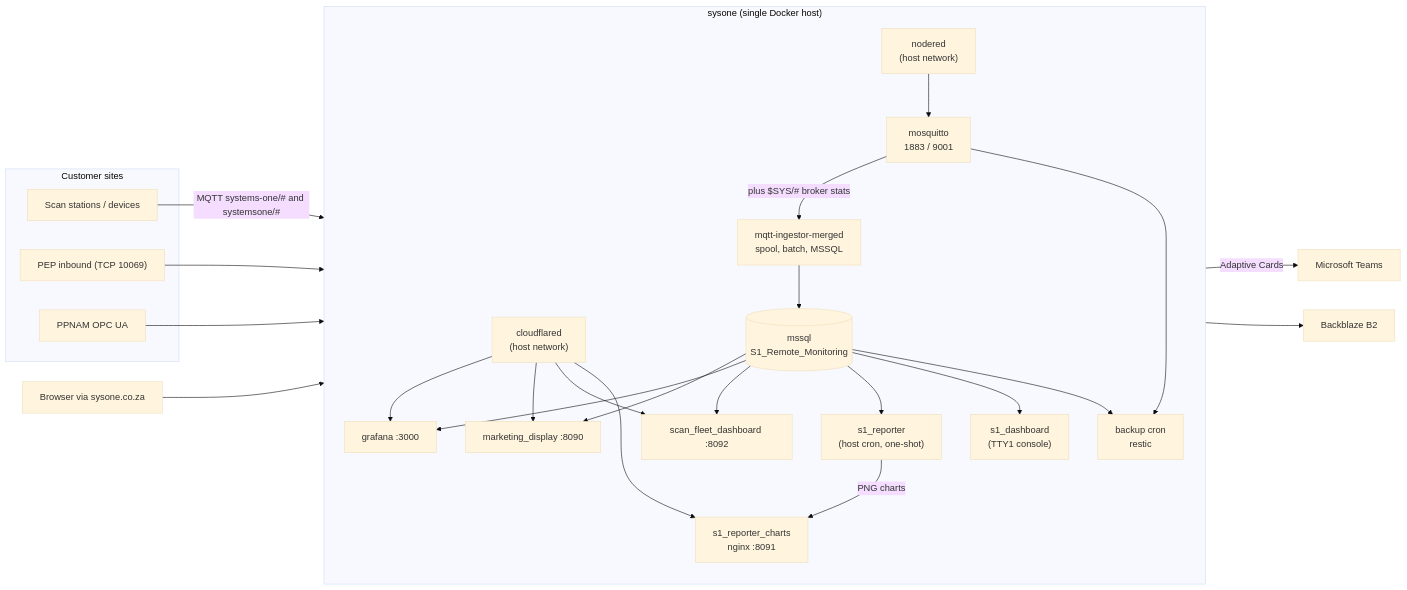
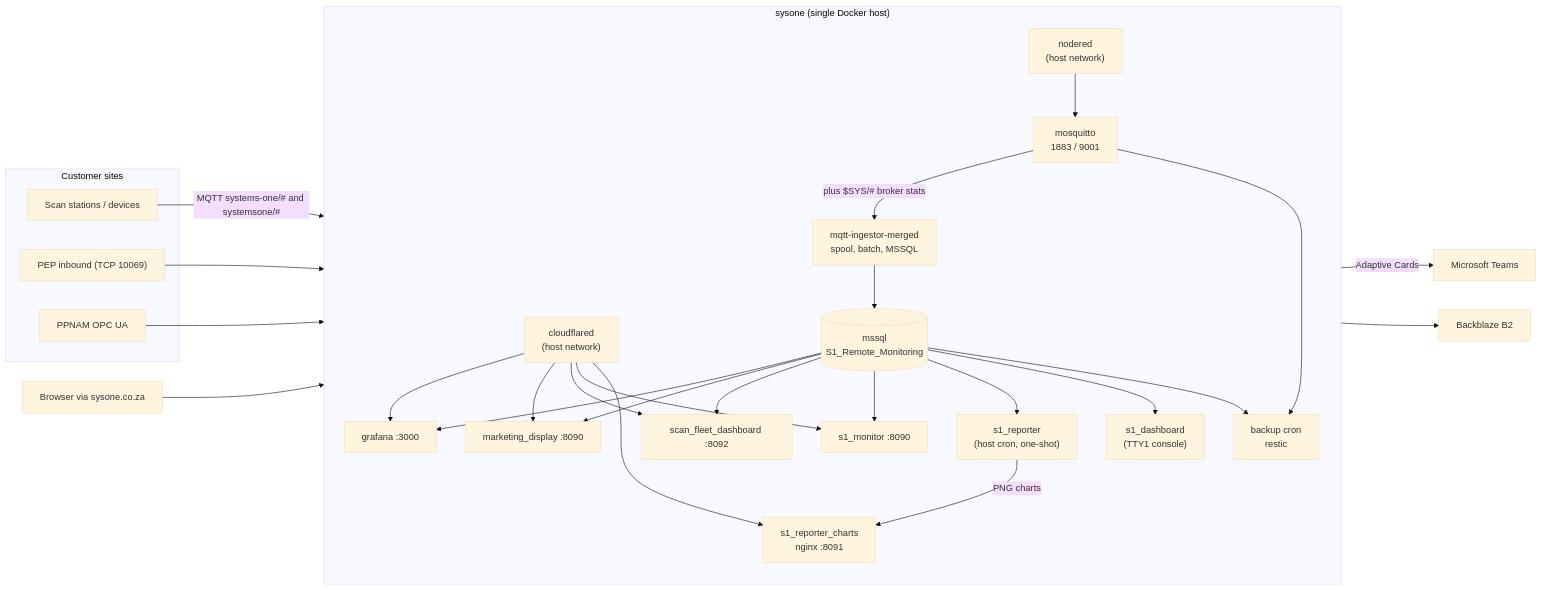
One commit to Systems-One/Systems-One-Server changed the diagram in README.md. Above: the diagram before and after it, drawn with Mermaid (base theme). The commit also changed other lines of this file and 5 other files, not shown here.

````diff
--- a/README.md
+++ b/README.md
@@ -29,50 +29,53 @@
 ```mermaid
 flowchart LR
     subgraph sites["Customer sites"]
         dev["Scan stations / devices"]
         pep["PEP inbound (TCP 10069)"]
         opc["PPNAM OPC UA"]
     end
 
     subgraph host["sysone (single Docker host)"]
         direction TB
         cf["cloudflared<br/>(host network)"]
         mq["mosquitto<br/>1883 / 9001"]
         ing["mqtt-ingestor-merged<br/>spool, batch, MSSQL"]
         db[("mssql<br/>S1_Remote_Monitoring")]
         nr["nodered<br/>(host network)"]
         gf["grafana :3000"]
         md["marketing_display :8090"]
         sfd["scan_fleet_dashboard :8092"]
+        mon["s1_monitor :8090"]
         rep["s1_reporter<br/>(host cron, one-shot)"]
         charts["s1_reporter_charts<br/>nginx :8091"]
         tty["s1_dashboard<br/>(TTY1 console)"]
         bk["backup cron<br/>restic"]
     end
 
     teams["Microsoft Teams"]
     b2["Backblaze B2"]
     web["Browser via sysone.co.za"]
 
     dev -- "MQTT systems-one/# and systemsone/#" --> mq
     mq -- "plus $SYS/# broker stats" --> ing
     ing --> db
     pep --> nr
     opc --> nr
     nr --> mq
     db --> gf
     db --> md
     db --> sfd
+    db --> mon
     db --> rep
     rep -- "Adaptive Cards" --> teams
     rep -- "PNG charts" --> charts
     db --> tty
     db --> bk
     mq --> bk
     bk --> b2
     web --> cf
     cf --> gf
     cf --> md
     cf --> sfd
+    cf --> mon
     cf --> charts
 ```
````
